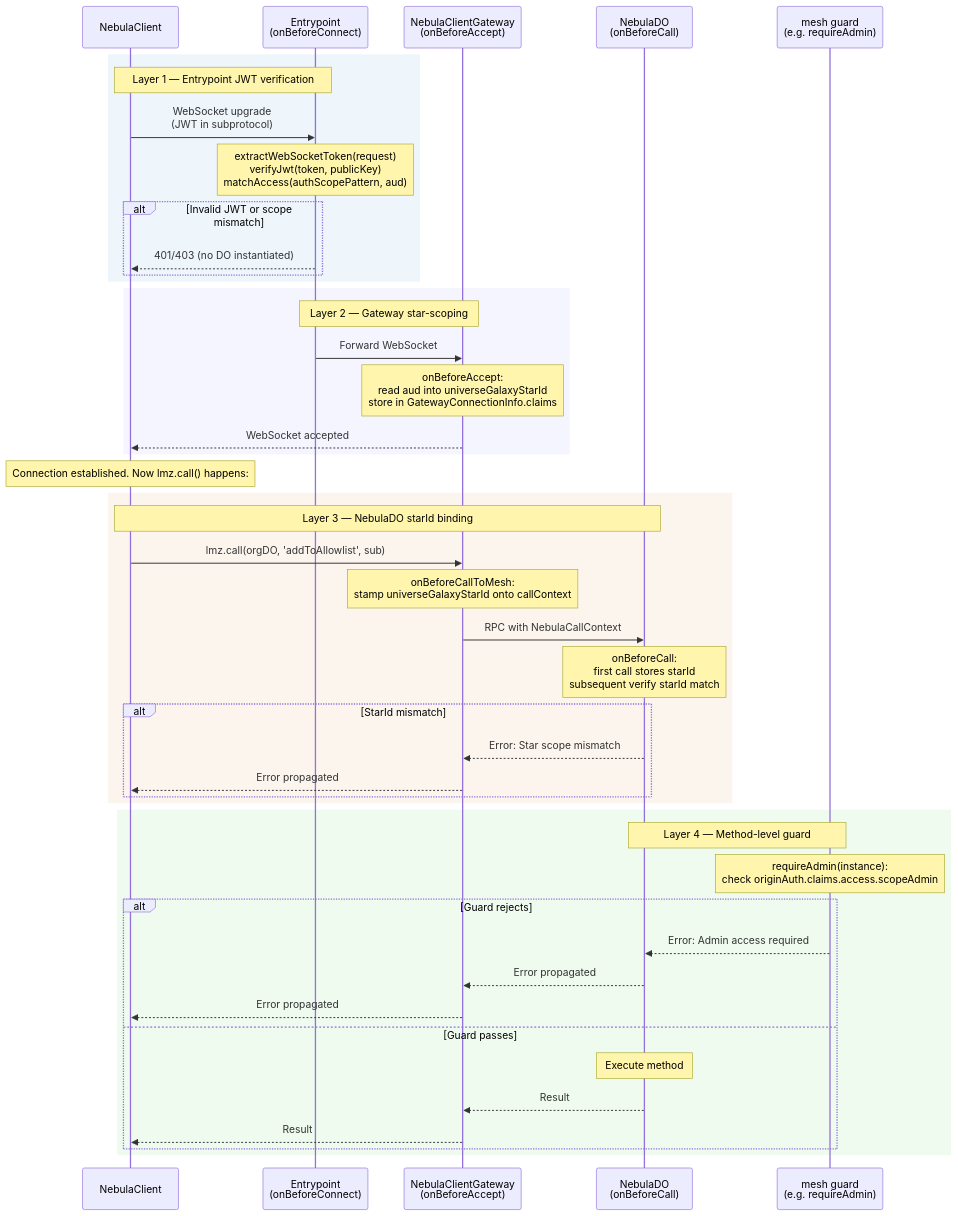
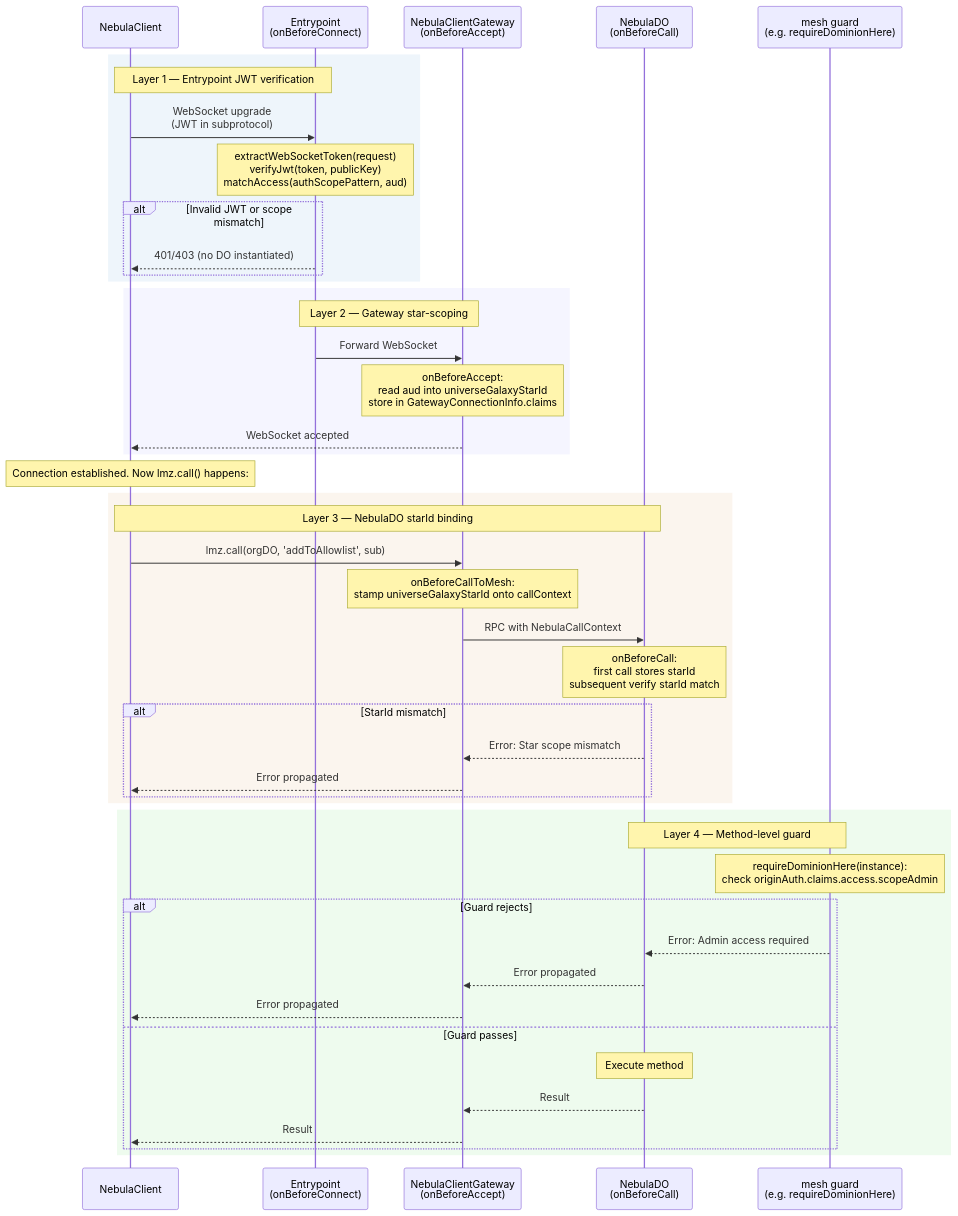
The fifth of 6 diagrams in website/docs/nebula/auth-flows.md (lumenize/lumenize), drawn with Mermaid before and after one commit. The commit also changed other lines of this file and 78 other files, not shown here.

````diff
--- a/website/docs/nebula/auth-flows.md
+++ b/website/docs/nebula/auth-flows.md
@@ -257,52 +257,52 @@
 ```mermaid
 sequenceDiagram
     participant C as NebulaClient
     participant EP as Entrypoint<br/>(onBeforeConnect)
     participant GW as NebulaClientGateway<br/>(onBeforeAccept)
     participant DO as NebulaDO<br/>(onBeforeCall)
-    participant M as mesh guard<br/>(e.g. requireAdmin)
+    participant M as mesh guard<br/>(e.g. requireDominionHere)
 
     rect rgba(200, 220, 240, 0.3)
         Note over C,EP: Layer 1 — Entrypoint JWT verification
         C->>EP: WebSocket upgrade<br/>(JWT in subprotocol)
         Note over EP: extractWebSocketToken(request)<br/>verifyJwt(token, publicKey)<br/>matchAccess(authScopePattern, aud)
         alt Invalid JWT or scope mismatch
             EP-->>C: 401/403 (no DO instantiated)
         end
     end
 
     rect rgba(220, 220, 255, 0.3)
         Note over EP,GW: Layer 2 — Gateway star-scoping
         EP->>GW: Forward WebSocket
         Note over GW: onBeforeAccept:<br/>read aud into universeGalaxyStarId<br/>store in GatewayConnectionInfo.claims
         GW-->>C: WebSocket accepted
     end
 
     Note over C: Connection established. Now lmz.call() happens:
 
     rect rgba(240, 220, 200, 0.3)
         Note over C,DO: Layer 3 — NebulaDO starId binding
         C->>GW: lmz.call(orgDO, 'addToAllowlist', sub)
         Note over GW: onBeforeCallToMesh:<br/>stamp universeGalaxyStarId onto callContext
         GW->>DO: RPC with NebulaCallContext
         Note over DO: onBeforeCall:<br/>first call stores starId<br/>subsequent verify starId match
         alt StarId mismatch
             DO-->>GW: Error: Star scope mismatch
             GW-->>C: Error propagated
         end
     end
 
     rect rgba(200, 240, 200, 0.3)
         Note over DO,M: Layer 4 — Method-level guard
-        Note over M: requireAdmin(instance):<br/>check originAuth.claims.access.scopeAdmin
+        Note over M: requireDominionHere(instance):<br/>check originAuth.claims.access.scopeAdmin
         alt Guard rejects
             M-->>DO: Error: Admin access required
             DO-->>GW: Error propagated
             GW-->>C: Error propagated
         else Guard passes
             Note over DO: Execute method
             DO-->>GW: Result
             GW-->>C: Result
         end
     end
 ```
````
